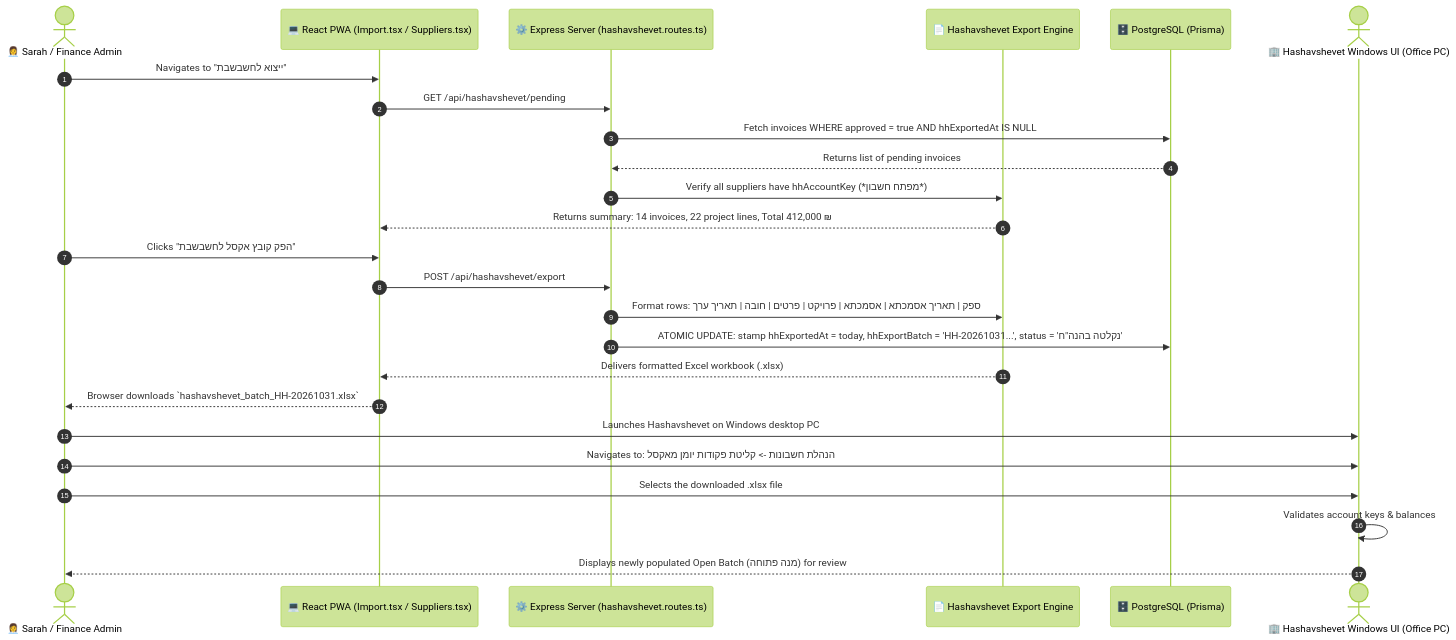
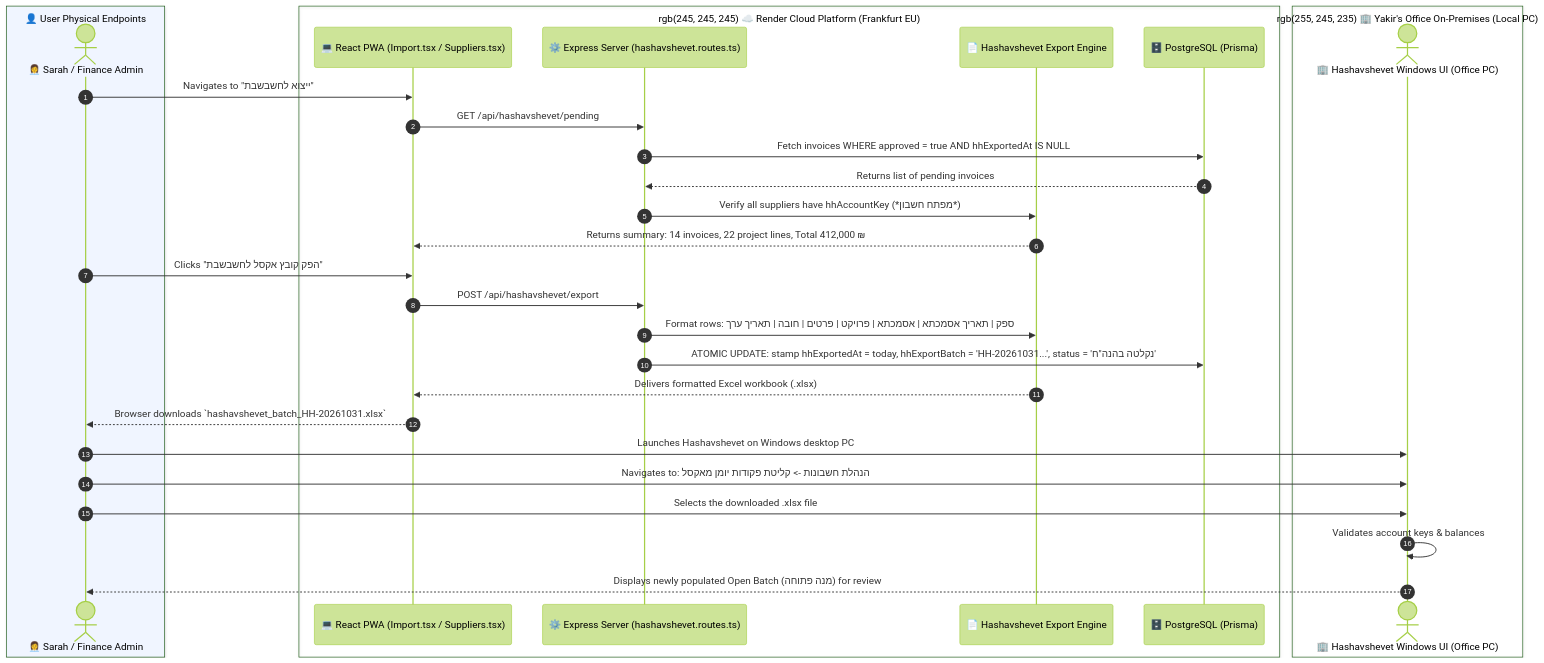
Before and after one commit to Arisamin/YakirErpAssistant: the fourth of 7 diagrams in docs/etaniv.md, drawn with Mermaid (forest theme). The commit also changed other lines of this file, not shown here.

Commit message:
docs: add Mermaid box grouping by physical affinity to all 6 sequence diagrams in etaniv.md

````diff
--- a/docs/etaniv.md
+++ b/docs/etaniv.md
@@ -235,30 +247,39 @@
 ```mermaid
 sequenceDiagram
     autonumber
-    actor Sarah as 👩‍💼 Sarah / Finance Admin
-    participant Web as 💻 React PWA (Import.tsx / Suppliers.tsx)
-    participant API as ⚙️ Express Server (hashavshevet.routes.ts)
-    participant Engine as 📄 Hashavshevet Export Engine
-    participant DB as 🗄️ PostgreSQL (Prisma)
-    actor HashClient as 🏢 Hashavshevet Windows UI (Office PC)
+
+    box rgb(240, 245, 255) 👤 User Physical Endpoints
+        actor Sarah as 👩‍💼 Sarah / Finance Admin
+    end
+
+    box rgb(245, 245, 245) ☁️ Render Cloud Platform (Frankfurt EU)
+        participant Web as 💻 React PWA (Import.tsx / Suppliers.tsx)
+        participant API as ⚙️ Express Server (hashavshevet.routes.ts)
+        participant Engine as 📄 Hashavshevet Export Engine
+        participant DB as 🗄️ PostgreSQL (Prisma)
+    end
+
+    box rgb(255, 245, 235) 🏢 Yakir's Office On-Premises (Local PC)
+        actor HashClient as 🏢 Hashavshevet Windows UI (Office PC)
+    end
 
     Sarah->>Web: Navigates to "ייצוא לחשבשבת"
     Web->>API: GET /api/hashavshevet/pending
     API->>DB: Fetch invoices WHERE approved = true AND hhExportedAt IS NULL
     DB-->>API: Returns list of pending invoices
     API->>Engine: Verify all suppliers have hhAccountKey (*מפתח חשבון*)
     Engine-->>Web: Returns summary: 14 invoices, 22 project lines, Total 412,000 ₪
 
     Sarah->>Web: Clicks "הפק קובץ אקסל לחשבשבת"
     Web->>API: POST /api/hashavshevet/export
     API->>Engine: Format rows: ספק | תאריך אסמכתא | אסמכתא | פרויקט | פרטים | חובה | תאריך ערך
     API->>DB: ATOMIC UPDATE: stamp hhExportedAt = today, hhExportBatch = 'HH-20261031...', status = 'נקלטה בהנה"ח'
     Engine-->>Web: Delivers formatted Excel workbook (.xlsx)
     Web-->>Sarah: Browser downloads `hashavshevet_batch_HH-20261031.xlsx`
 
     Sarah->>HashClient: Launches Hashavshevet on Windows desktop PC
     Sarah->>HashClient: Navigates to: הנהלת חשבונות -> קליטת פקודות יומן מאקסל
     Sarah->>HashClient: Selects the downloaded .xlsx file
     HashClient->>HashClient: Validates account keys & balances
     HashClient-->>Sarah: Displays newly populated Open Batch (מנה פתוחה) for review
 ```
````
